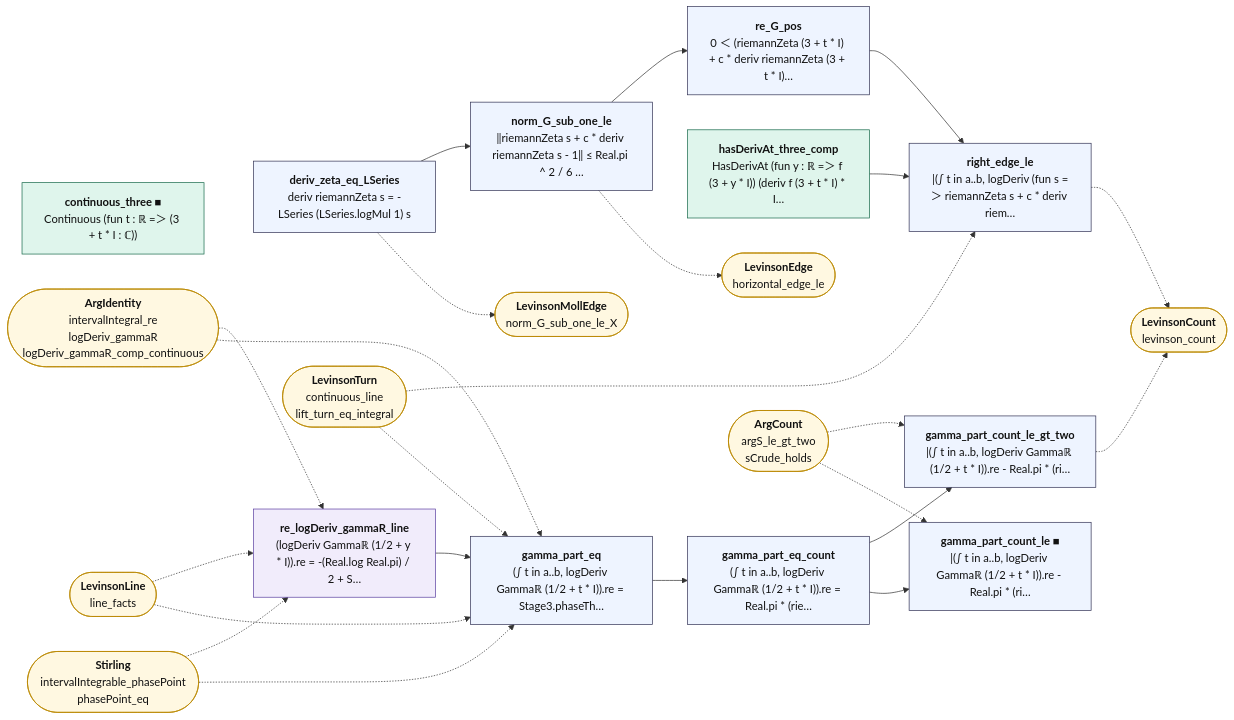
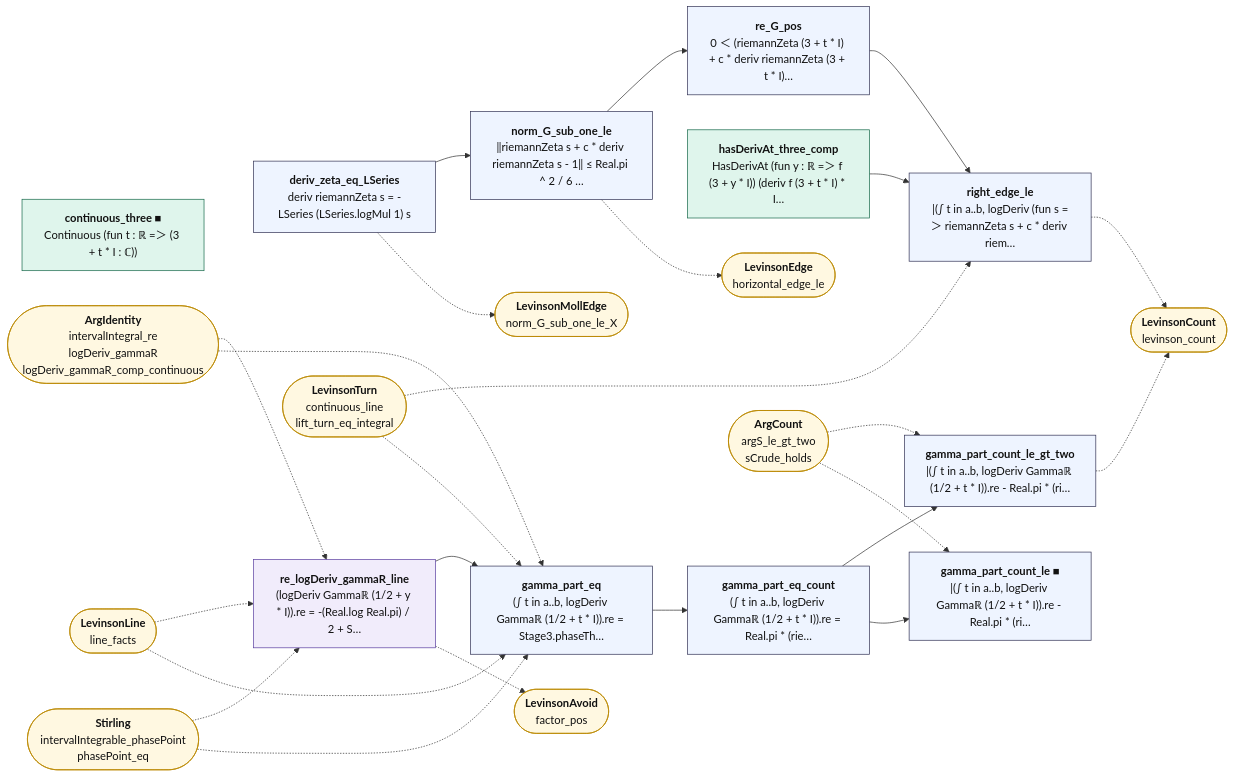
The diagram in map/lean_stage3/LevinsonSize.mmd (juliansambranojr/Primebeat_081426), drawn with Mermaid before and after one commit. The commit also changed 14 other files, not shown here.

```diff
--- a/map/lean_stage3/LevinsonSize.mmd
+++ b/map/lean_stage3/LevinsonSize.mmd
@@ -1,50 +1,52 @@
 flowchart LR
   n0["<b>deriv_zeta_eq_LSeries</b><br/>deriv riemannZeta s = -LSeries (LSeries.logMul 1) s"]:::thm
   n1["<b>norm_G_sub_one_le</b><br/>‖riemannZeta s + c * deriv riemannZeta s - 1‖ ≤ Real.pi ^ 2 / 6 …"]:::thm
   n2["<b>re_G_pos</b><br/>0 ＜ (riemannZeta (3 + t * I) + c * deriv riemannZeta (3 + t * I)…"]:::thm
   n3["<b>hasDerivAt_three_comp</b><br/>HasDerivAt (fun y : ℝ =＞ f (3 + y * I)) (deriv f (3 + t * I) * I…"]:::cnt
   n4["<b>continuous_three ■</b><br/>Continuous (fun t : ℝ =＞ (3 + t * I : ℂ))"]:::cnt
   n5["<b>right_edge_le</b><br/>|(∫ t in a..b, logDeriv (fun s =＞ riemannZeta s + c * deriv riem…"]:::thm
   n6["<b>re_logDeriv_gammaR_line</b><br/>(logDeriv Gammaℝ (1/2 + y * I)).re = -(Real.log Real.pi) / 2 + S…"]:::shp
   n7["<b>gamma_part_eq</b><br/>(∫ t in a..b, logDeriv Gammaℝ (1/2 + t * I)).re = Stage3.phaseTh…"]:::thm
   n8["<b>gamma_part_eq_count</b><br/>(∫ t in a..b, logDeriv Gammaℝ (1/2 + t * I)).re = Real.pi * (rie…"]:::thm
   n9["<b>gamma_part_count_le ■</b><br/>|(∫ t in a..b, logDeriv Gammaℝ (1/2 + t * I)).re - Real.pi * (ri…"]:::thm
   n10["<b>gamma_part_count_le_gt_two</b><br/>|(∫ t in a..b, logDeriv Gammaℝ (1/2 + t * I)).re - Real.pi * (ri…"]:::thm
   x0(["<b>LevinsonMollEdge</b><br/>norm_G_sub_one_le_X"]):::ext
   x1(["<b>LevinsonEdge</b><br/>horizontal_edge_le"]):::ext
   x2(["<b>LevinsonTurn</b><br/>continuous_line<br/>lift_turn_eq_integral"]):::ext
   x3(["<b>LevinsonCount</b><br/>levinson_count"]):::ext
   x4(["<b>ArgIdentity</b><br/>intervalIntegral_re<br/>logDeriv_gammaR<br/>logDeriv_gammaR_comp_continuous"]):::ext
   x5(["<b>LevinsonLine</b><br/>line_facts"]):::ext
   x6(["<b>Stirling</b><br/>intervalIntegrable_phasePoint<br/>phasePoint_eq"]):::ext
-  x7(["<b>ArgCount</b><br/>argS_le_gt_two<br/>sCrude_holds"]):::ext
+  x7(["<b>LevinsonAvoid</b><br/>factor_pos"]):::ext
+  x8(["<b>ArgCount</b><br/>argS_le_gt_two<br/>sCrude_holds"]):::ext
   n0 --> n1
   n1 --> n2
   n2 --> n5
   n3 --> n5
   n6 --> n7
   n7 --> n8
   n8 --> n10
   n8 --> n9
   n0 -.-> x0
   n1 -.-> x1
   n10 -.-> x3
   n5 -.-> x3
+  n6 -.-> x7
   x2 -.-> n5
   x2 -.-> n7
   x4 -.-> n6
   x4 -.-> n7
   x5 -.-> n6
   x5 -.-> n7
   x6 -.-> n6
   x6 -.-> n7
-  x7 -.-> n10
-  x7 -.-> n9
+  x8 -.-> n10
+  x8 -.-> n9
   classDef cnt fill:#dff5ec,stroke:#17694a,color:#111
   classDef shp fill:#f1ecfb,stroke:#5b3fa0,color:#111
   classDef rh fill:#ffe5e5,stroke:#c22,color:#111,stroke-width:2px
   classDef thm fill:#eef4ff,stroke:#335,color:#111
   classDef end_ fill:#e7f7e7,stroke:#2a7,color:#111,stroke-width:2px
   classDef lone fill:#fff,stroke:#999,color:#111,stroke-dasharray:4 3
   classDef bad fill:#ffe5e5,stroke:#c22,color:#111,stroke-width:2px
   classDef ext fill:#fff8e1,stroke:#b80,color:#111
```
